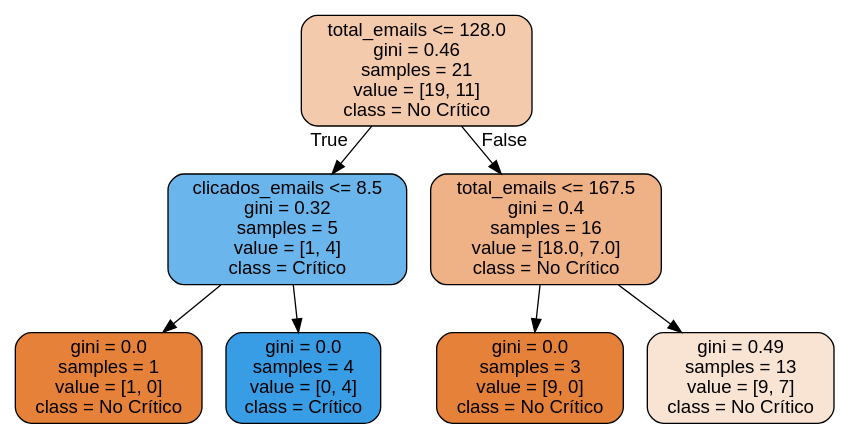
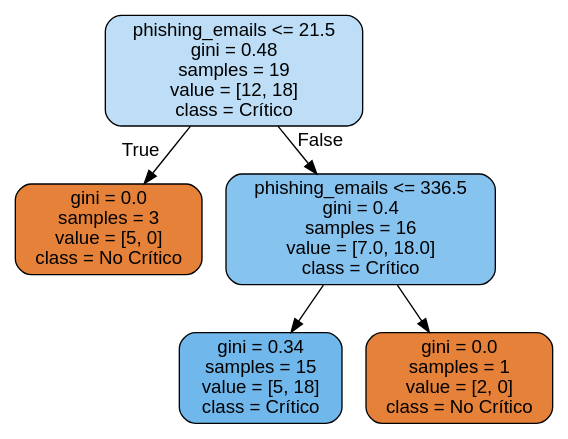
Before and after one commit to adrianAntonP/practica2-SI: the diagram in tree_5.dot, drawn with Graphviz. The commit also changed 26 other files, not shown here.

```diff
--- a/tree_5.dot
+++ b/tree_5.dot
@@ -1,17 +1,13 @@
 digraph Tree {
 node [shape=box, style="filled, rounded", color="black", fontname="helvetica"] ;
 edge [fontname="helvetica"] ;
-0 [label="total_emails <= 128.0\ngini = 0.46\nsamples = 21\nvalue = [19, 11]\nclass = No Crítico", fillcolor="#f4caac"] ;
-1 [label="clicados_emails <= 8.5\ngini = 0.32\nsamples = 5\nvalue = [1, 4]\nclass = Crítico", fillcolor="#6ab6ec"] ;
+0 [label="phishing_emails <= 21.5\ngini = 0.48\nsamples = 19\nvalue = [12, 18]\nclass = Crítico", fillcolor="#bddef6"] ;
+1 [label="gini = 0.0\nsamples = 3\nvalue = [5, 0]\nclass = No Crítico", fillcolor="#e58139"] ;
 0 -> 1 [labeldistance=2.5, labelangle=45, headlabel="True"] ;
-2 [label="gini = 0.0\nsamples = 1\nvalue = [1, 0]\nclass = No Crítico", fillcolor="#e58139"] ;
-1 -> 2 ;
-3 [label="gini = 0.0\nsamples = 4\nvalue = [0, 4]\nclass = Crítico", fillcolor="#399de5"] ;
-1 -> 3 ;
-4 [label="total_emails <= 167.5\ngini = 0.4\nsamples = 16\nvalue = [18.0, 7.0]\nclass = No Crítico", fillcolor="#efb286"] ;
-0 -> 4 [labeldistance=2.5, labelangle=-45, headlabel="False"] ;
-5 [label="gini = 0.0\nsamples = 3\nvalue = [9, 0]\nclass = No Crítico", fillcolor="#e58139"] ;
-4 -> 5 ;
-6 [label="gini = 0.49\nsamples = 13\nvalue = [9, 7]\nclass = No Crítico", fillcolor="#f9e3d3"] ;
-4 -> 6 ;
+2 [label="phishing_emails <= 336.5\ngini = 0.4\nsamples = 16\nvalue = [7.0, 18.0]\nclass = Crítico", fillcolor="#86c3ef"] ;
+0 -> 2 [labeldistance=2.5, labelangle=-45, headlabel="False"] ;
+3 [label="gini = 0.34\nsamples = 15\nvalue = [5, 18]\nclass = Crítico", fillcolor="#70b8ec"] ;
+2 -> 3 ;
+4 [label="gini = 0.0\nsamples = 1\nvalue = [2, 0]\nclass = No Crítico", fillcolor="#e58139"] ;
+2 -> 4 ;
 }
```
